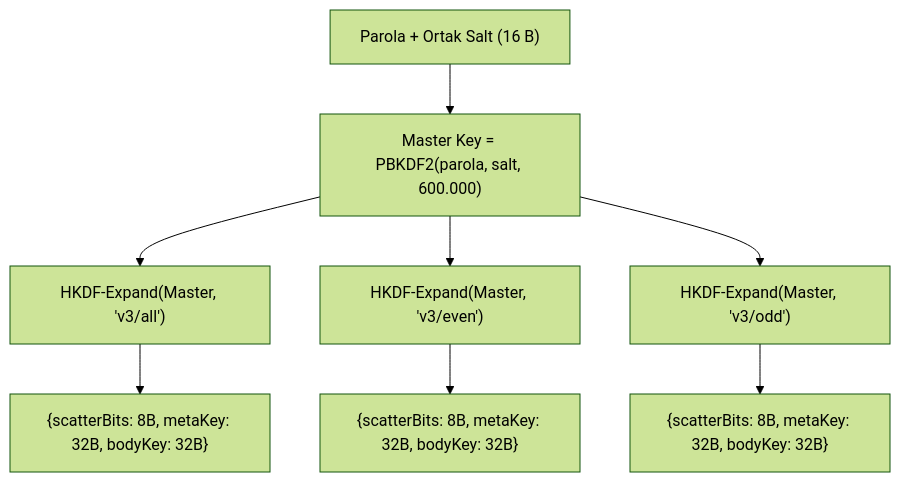
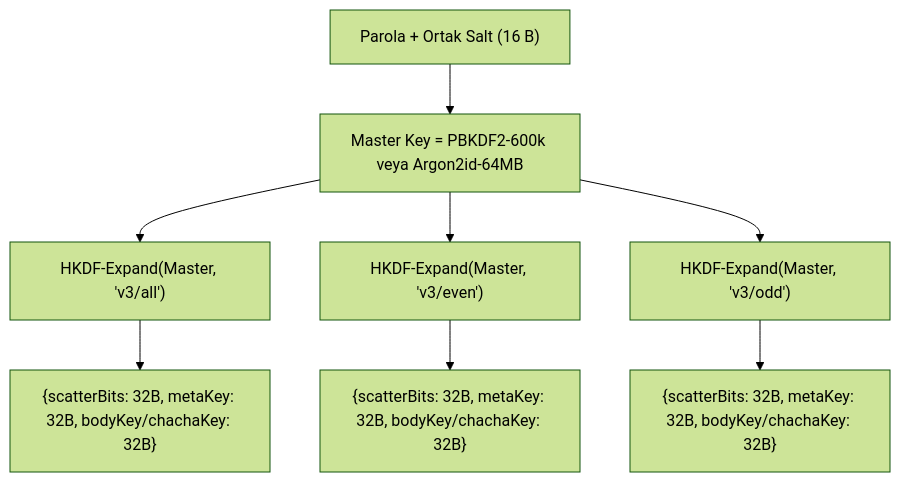
One commit to VelliDR/stegocrypt-pwa changed the first of 2 diagrams in docs/FORMAT.md. Above: the diagram before and after it, drawn with Mermaid (forest theme). The commit also changed other lines of this file and 41 other files, not shown here.

````diff
--- a/docs/FORMAT.md
+++ b/docs/FORMAT.md
@@ -61,10 +60,10 @@
 ```mermaid
 flowchart TD
-    A["Parola + Ortak Salt (16 B)"] --> B["Master Key = PBKDF2(parola, salt, 600.000)"]
+    A["Parola + Ortak Salt (16 B)"] --> B["Master Key = PBKDF2-600k veya Argon2id-64MB"]
     B --> C["HKDF-Expand(Master, 'v3/all')"]
     B --> D["HKDF-Expand(Master, 'v3/even')"]
     B --> E["HKDF-Expand(Master, 'v3/odd')"]
-    C --> C1["{scatterBits: 8B, metaKey: 32B, bodyKey: 32B}"]
-    D --> D1["{scatterBits: 8B, metaKey: 32B, bodyKey: 32B}"]
-    E --> E1["{scatterBits: 8B, metaKey: 32B, bodyKey: 32B}"]
+    C --> C1["{scatterBits: 32B, metaKey: 32B, bodyKey/chachaKey: 32B}"]
+    D --> D1["{scatterBits: 32B, metaKey: 32B, bodyKey/chachaKey: 32B}"]
+    E --> E1["{scatterBits: 32B, metaKey: 32B, bodyKey/chachaKey: 32B}"]
 ```
````
